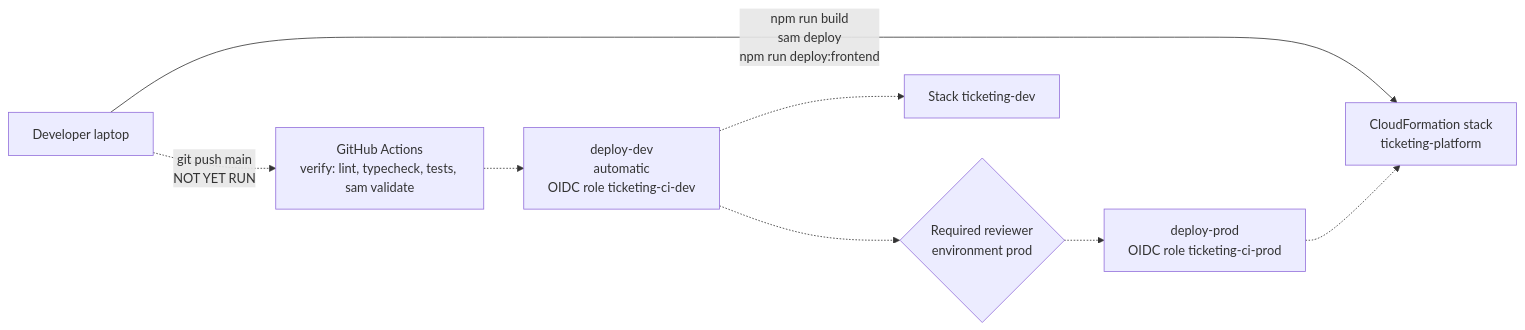
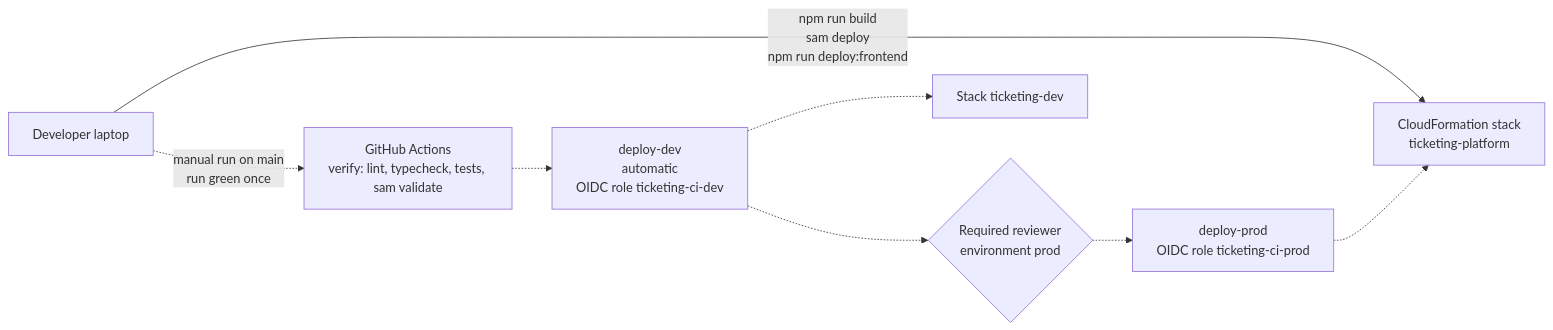
The third of 3 diagrams in docs/architecture-diagram.md (Yaswanth1832K/serverless-event-ticketing), drawn with Mermaid before and after one commit. The commit also changed other lines of this file and 15 other files, not shown here.

````diff
--- a/docs/architecture-diagram.md
+++ b/docs/architecture-diagram.md
@@ -124,10 +124,10 @@
 ```mermaid
 flowchart LR
     DEV["Developer laptop"] -->|"npm run build<br/>sam deploy<br/>npm run deploy:frontend"| CFN["CloudFormation stack<br/>ticketing-platform"]
-    DEV -.->|"git push main<br/>NOT YET RUN"| GH["GitHub Actions<br/>verify: lint, typecheck, tests, sam validate"]
+    DEV -.->|"manual run on main<br/>run green once"| GH["GitHub Actions<br/>verify: lint, typecheck, tests, sam validate"]
     GH -.-> DEVJOB["deploy-dev<br/>automatic<br/>OIDC role ticketing-ci-dev"]
     DEVJOB -.-> APPROVE{"Required reviewer<br/>environment prod"}
     APPROVE -.-> PRODJOB["deploy-prod<br/>OIDC role ticketing-ci-prod"]
     DEVJOB -.-> STDEV["Stack ticketing-dev"]
     PRODJOB -.-> CFN
 ```
````
